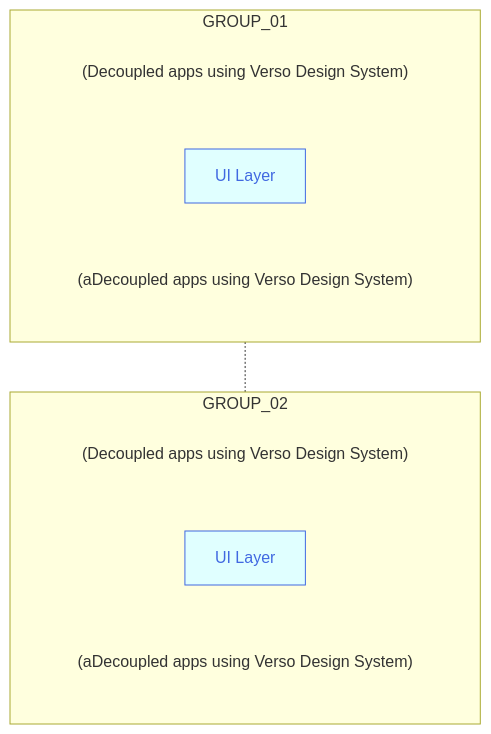
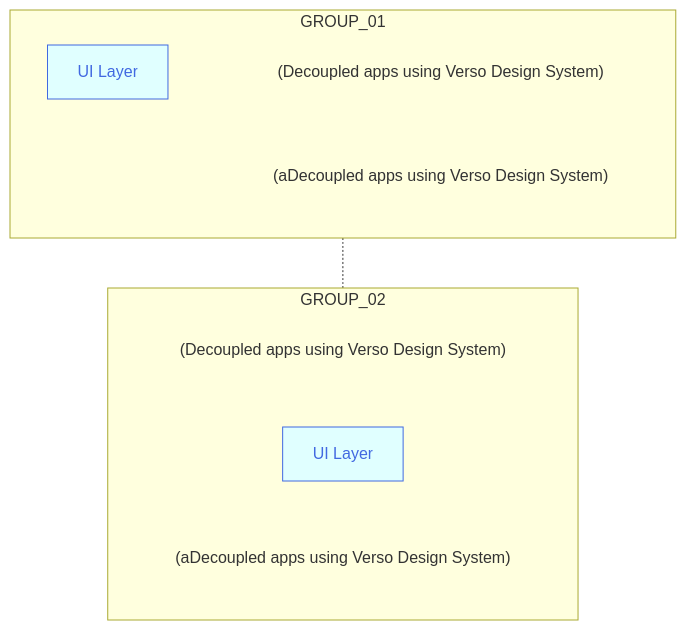
The diagram in buttons_mermaid_v5.md (joe-dorward/samples), drawn with Mermaid before and after one commit.

````diff
--- a/buttons_mermaid_v5.md
+++ b/buttons_mermaid_v5.md
@@ -3,41 +3,41 @@
 ```mermaid
   %%{
     init: {
       "flowchart": { "markdownAutoWrap":"false", "textWrap":"false", "wrappingWidth": "100%" }
     }
   }%%
   flowchart TD
 
   classDef Button fill:lightcyan, stroke:royalblue, color:royalblue;
   classDef Note fill:transparent, stroke-width:0px
   %% ---------- ---------- ---------- ---------- ---------- ---------- ---------- ---------- ---------- ----------
   subgraph GROUP_01
     direction LR
 
     BUTTON_01_NOTE["(Decoupled apps using Verso Design System)"]:::Note
 
     BUTTON_01["UI Layer"]:::Button
     click BUTTON_01 "https://en.wikipedia.org/wiki/Main_Page" _blank
     BUTTON_01a_NOTE["(aDecoupled apps using Verso Design System)"]:::Note
 
-    %%BUTTON_01~~~
-    %%BUTTON_01_NOTE
+    BUTTON_01~~~
+    BUTTON_01_NOTE
   end
 
   subgraph GROUP_02
 
     BUTTON_02_NOTE["(Decoupled apps using Verso Design System)"]:::Note
 
     BUTTON_02["UI Layer"]:::Button
     click BUTTON_02 "https://en.wikipedia.org/wiki/Main_Page" _blank
     BUTTON_02a_NOTE["(aDecoupled apps using Verso Design System)"]:::Note
 
     %%BUTTON_02~~~
     %%BUTTON_02_NOTE
   end
 
 GROUP_01-.-GROUP_02
 
 %%BUTTON_01-->BUTTON_02
 
 ```
````
